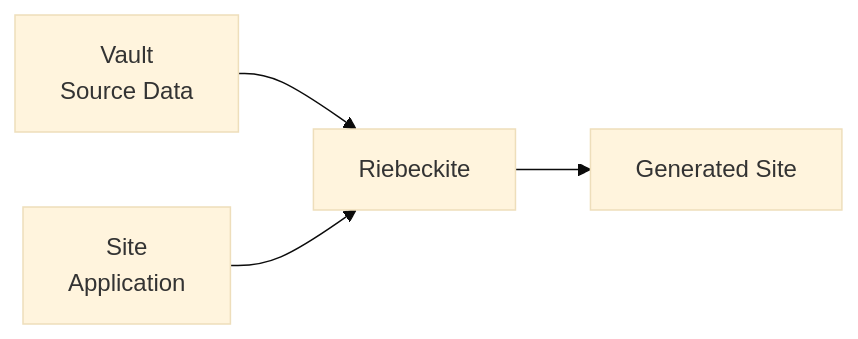
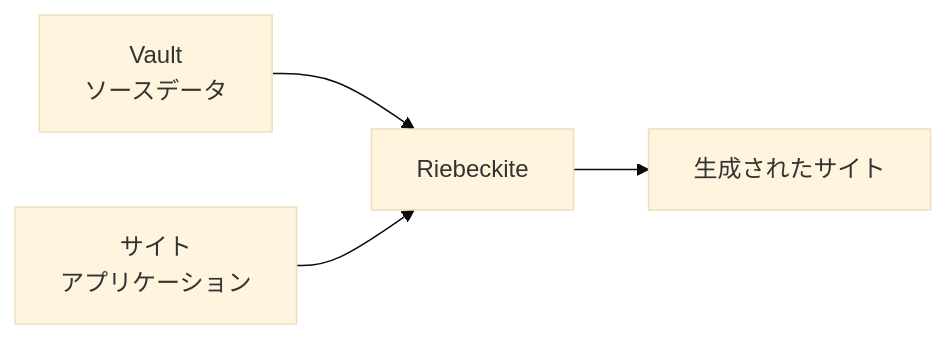
One commit to Rerurate514/riebeckite changed the fourth of 5 diagrams in docs/docs/reference/configuration/roots.ja.md. Above: the diagram before and after it, drawn with Mermaid (base theme). The commit also changed other lines of this file and 310 other files, not shown here.

````diff
--- a/docs/docs/reference/configuration/roots.ja.md
+++ b/docs/docs/reference/configuration/roots.ja.md
@@ -258,11 +236,11 @@
 ```mermaid id="xzz84j"
 flowchart LR
-    Vault["Vault<br/>Source Data"]
-    Site["Site<br/>Application"]
+    Vault["Vault<br/>ソースデータ"]
+    Site["サイト<br/>アプリケーション"]
     Build["Riebeckite"]
 
     Vault --> Build
     Site --> Build
 
-    Build --> Output["Generated Site"]
+    Build --> Output["生成されたサイト"]
 ```
````
